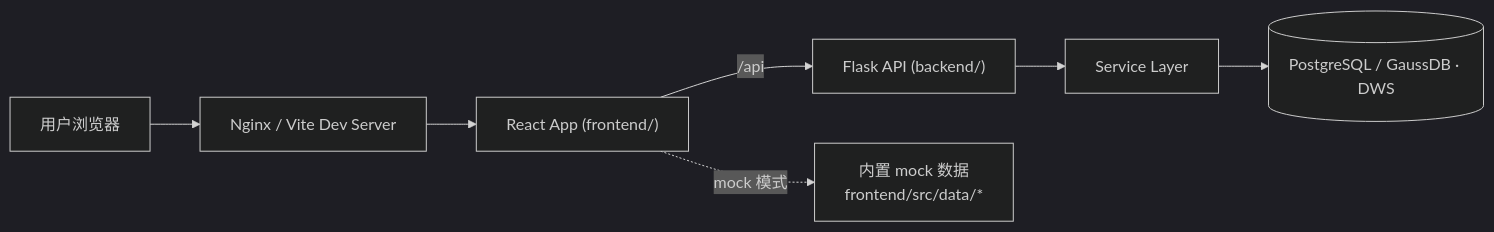
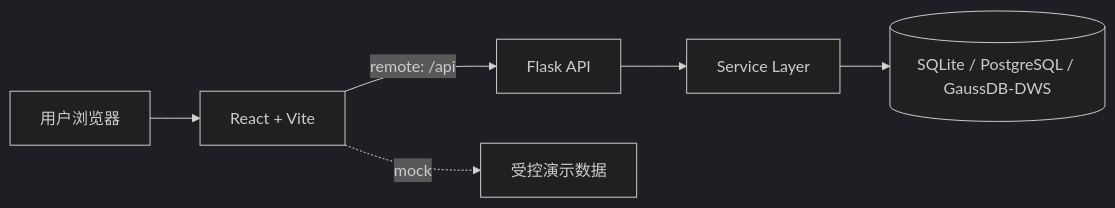
The diagram in README.md (0verme/data-asset-portal-community), drawn with Mermaid (dark theme) before and after one commit. The commit also changed other lines of this file and 12 other files, not shown here.

````diff
--- a/README.md
+++ b/README.md
@@ -353,10 +115,8 @@
 ```mermaid
 flowchart LR
-  U["用户浏览器"] --> N["Nginx / Vite Dev Server"]
-  N --> R["React App (frontend/)"]
-  R -->|"/api"| F["Flask API (backend/)"]
+  U["用户浏览器"] --> R["React + Vite"]
+  R -->|"remote: /api"| F["Flask API"]
   F --> S["Service Layer"]
-  S --> DB[("PostgreSQL / GaussDB · DWS")]
-
-  R -.->|"mock 模式"| M["内置 mock 数据<br/>frontend/src/data/*"]
+  S --> D[("SQLite / PostgreSQL / GaussDB-DWS")]
+  R -.->|"mock"| M["受控演示数据"]
 ```
````
